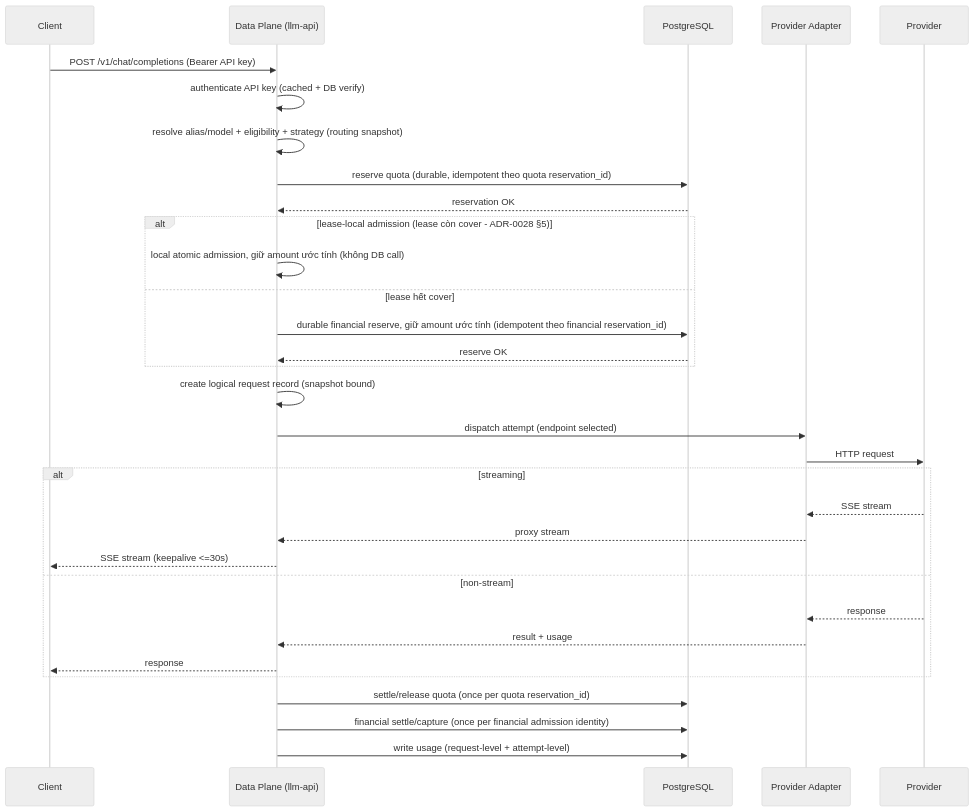
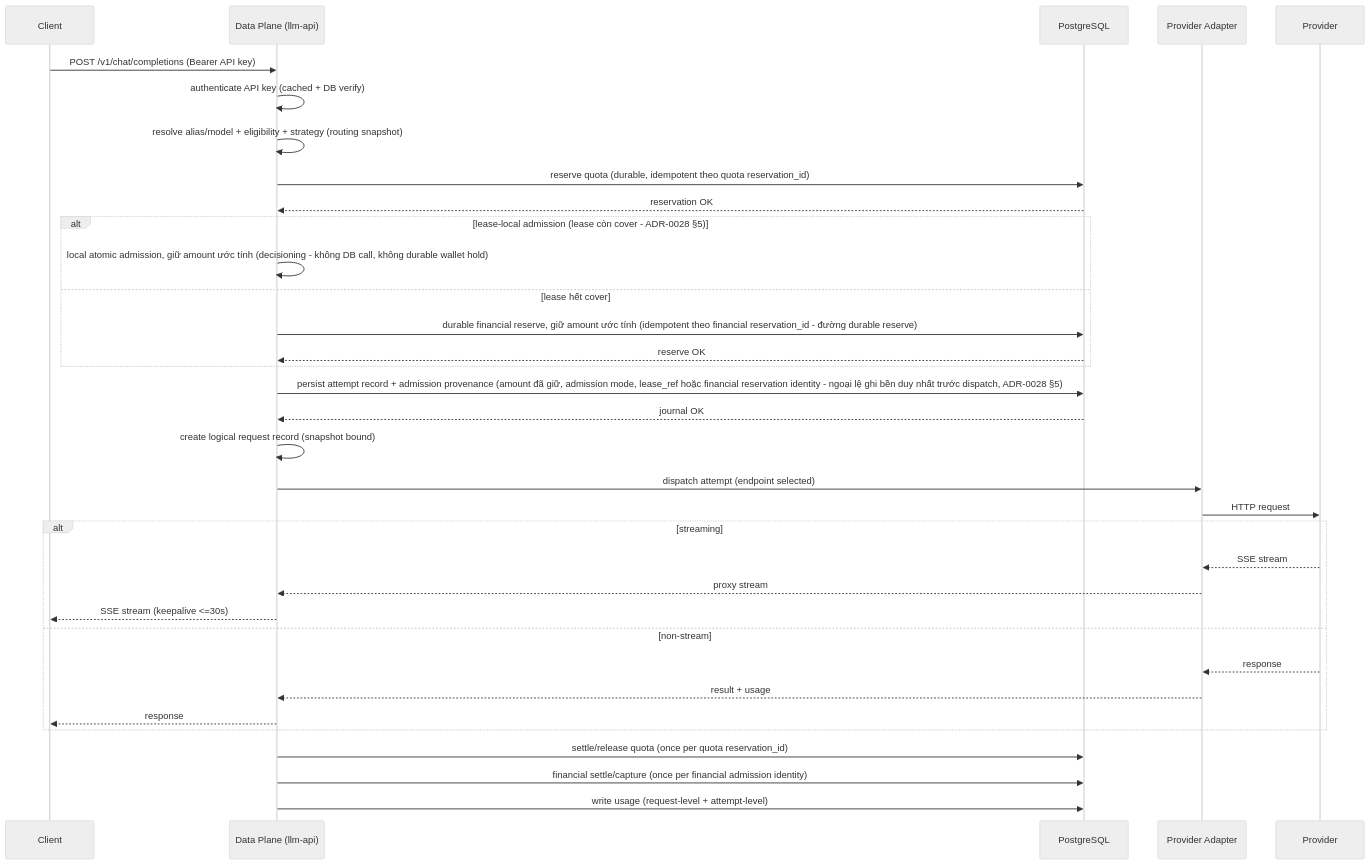
The first of 7 diagrams in docs/applications/llm-api/01-architecture.md (ecoma-io/ecoma), drawn with Mermaid (neutral theme) before and after one commit. The commit also changed other lines of this file and 3 other files, not shown here.

First line of the commit message:
docs: separate financial admission from durable reservation and bound pricing

````diff
--- a/docs/applications/llm-api/01-architecture.md
+++ b/docs/applications/llm-api/01-architecture.md
@@ -67,35 +67,37 @@
 ```mermaid
 sequenceDiagram
   participant C as Client
   participant DP as Data Plane (llm-api)
   participant PG as PostgreSQL
   participant PA as Provider Adapter
   participant P as Provider
 
   C->>DP: POST /v1/chat/completions (Bearer API key)
   DP->>DP: authenticate API key (cached + DB verify)
   DP->>DP: resolve alias/model + eligibility + strategy (routing snapshot)
   DP->>PG: reserve quota (durable, idempotent theo quota reservation_id)
   PG-->>DP: reservation OK
   alt lease-local admission (lease còn cover - ADR-0028 §5)
-    DP->>DP: local atomic admission, giữ amount ước tính (không DB call)
+    DP->>DP: local atomic admission, giữ amount ước tính (decisioning - không DB call, không durable wallet hold)
   else lease hết cover
-    DP->>PG: durable financial reserve, giữ amount ước tính (idempotent theo financial reservation_id)
+    DP->>PG: durable financial reserve, giữ amount ước tính (idempotent theo financial reservation_id - đường durable reserve)
     PG-->>DP: reserve OK
   end
+  DP->>PG: persist attempt record + admission provenance (amount đã giữ, admission mode, lease_ref hoặc financial reservation identity - ngoại lệ ghi bền duy nhất trước dispatch, ADR-0028 §5)
+  PG-->>DP: journal OK
   DP->>DP: create logical request record (snapshot bound)
   DP->>PA: dispatch attempt (endpoint selected)
   PA->>P: HTTP request
   alt streaming
     P-->>PA: SSE stream
     PA-->>DP: proxy stream
     DP-->>C: SSE stream (keepalive <=30s)
   else non-stream
     P-->>PA: response
     PA-->>DP: result + usage
     DP-->>C: response
   end
   DP->>PG: settle/release quota (once per quota reservation_id)
   DP->>PG: financial settle/capture (once per financial admission identity)
   DP->>PG: write usage (request-level + attempt-level)
 ```
````
